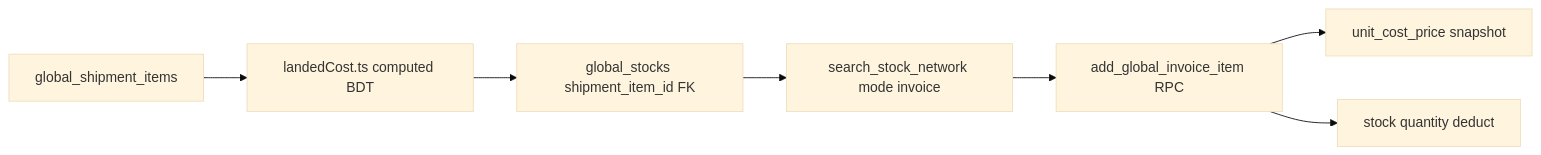
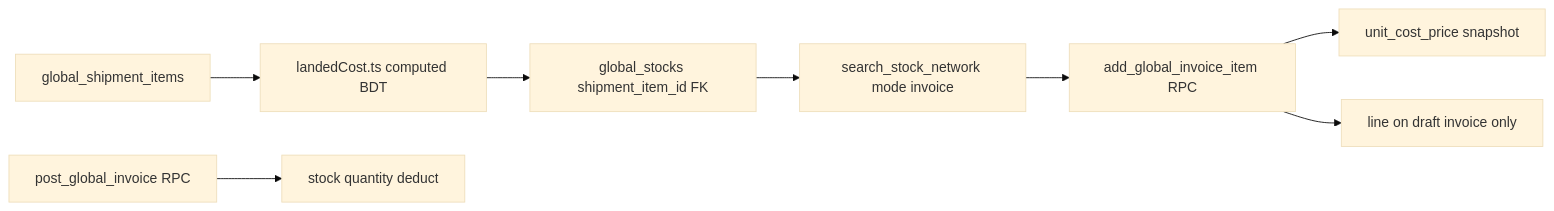
Before and after one commit to david-git-2/brandwala-wholesale-quasar-v2: the first of 2 diagrams in doc/SALES_INVOICE.md, drawn with Mermaid (base theme). The commit also changed other lines of this file and 4 other files, not shown here.

````diff
--- a/doc/SALES_INVOICE.md
+++ b/doc/SALES_INVOICE.md
@@ -141,9 +238,10 @@
 ```mermaid
 flowchart LR
   shipmentItem["global_shipment_items"] --> landedCost["landedCost.ts computed BDT"]
   landedCost --> stockPool["global_stocks shipment_item_id FK"]
   stockPool --> networkSearch["search_stock_network mode invoice"]
   networkSearch --> addItem["add_global_invoice_item RPC"]
   addItem --> lineCost["unit_cost_price snapshot"]
-  addItem --> qtyDeduct["stock quantity deduct"]
+  postInvoice["post_global_invoice RPC"] --> qtyDeduct["stock quantity deduct"]
+  addItem --> draftLine["line on draft invoice only"]
 ```
````
